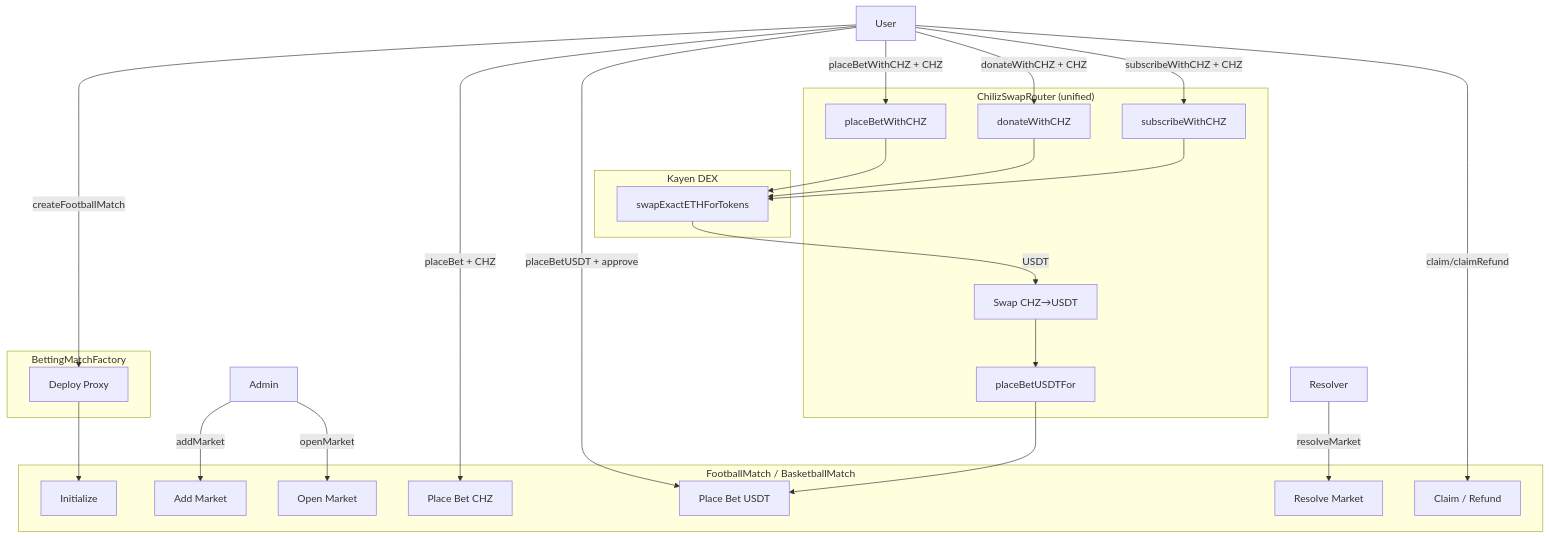
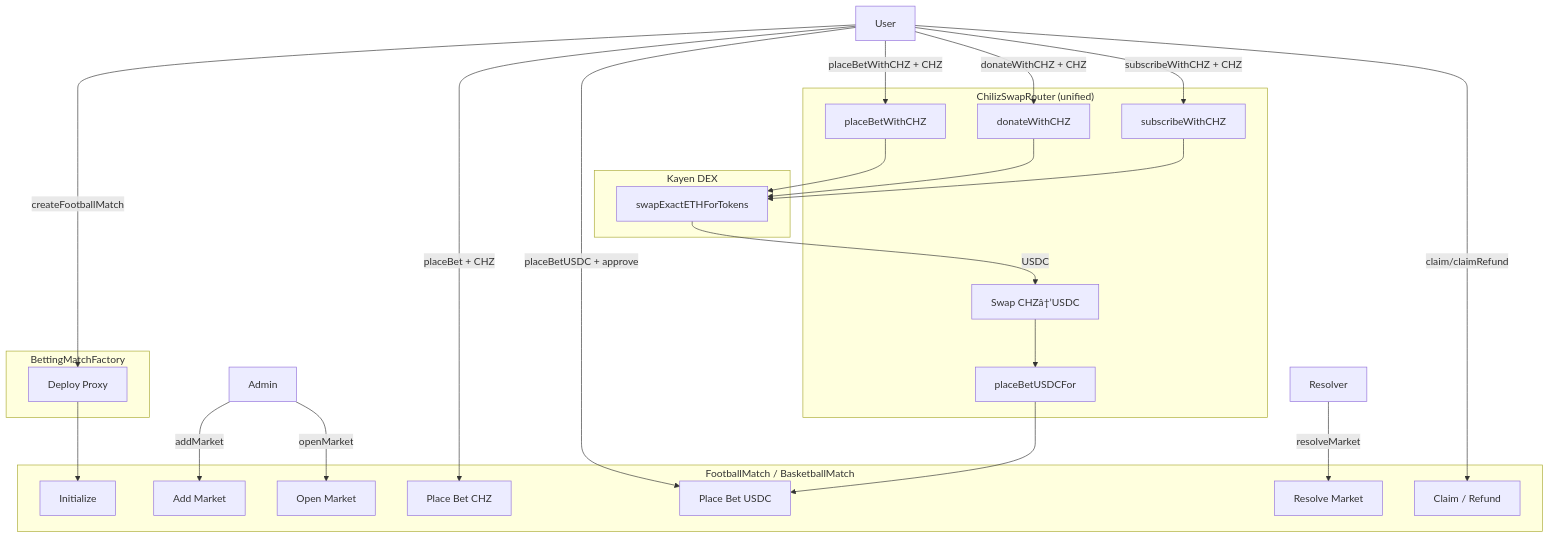
Before and after one commit to ChilizTV/smart-contracts: the first of 3 diagrams in chiliz-tv/AUDIT_REPORT.md, drawn with Mermaid. The commit also changed other lines of this file and 1 other file, not shown here.

Commit message:
📝 Architecture and audit

````diff
--- a/chiliz-tv/AUDIT_REPORT.md
+++ b/chiliz-tv/AUDIT_REPORT.md
@@ -126,48 +126,48 @@
 ```mermaid
 flowchart TB
     subgraph Factory["BettingMatchFactory"]
         F1[Deploy Proxy]
     end
     
     subgraph Match["FootballMatch / BasketballMatch"]
         M1[Initialize]
         M2[Add Market]
         M3[Open Market]
         M4[Place Bet CHZ]
-        M5[Place Bet USDT]
+        M5[Place Bet USDC]
         M6[Resolve Market]
         M7[Claim / Refund]
     end
     
     subgraph SwapRouter["ChilizSwapRouter (unified)"]
         S1[placeBetWithCHZ]
-        S2[Swap CHZ→USDT]
-        S3[placeBetUSDTFor]
+        S2[Swap CHZâ†’USDC]
+        S3[placeBetUSDCFor]
         S4[donateWithCHZ]
         S5[subscribeWithCHZ]
     end
     
     subgraph Kayen["Kayen DEX"]
         K1[swapExactETHForTokens]
     end
     
     User -->|createFootballMatch| F1
     F1 --> M1
     Admin -->|addMarket| M2
     Admin -->|openMarket| M3
     
     User -->|placeBet + CHZ| M4
-    User -->|placeBetUSDT + approve| M5
+    User -->|placeBetUSDC + approve| M5
     User -->|placeBetWithCHZ + CHZ| S1
     User -->|donateWithCHZ + CHZ| S4
     User -->|subscribeWithCHZ + CHZ| S5
     S1 --> K1
     S4 --> K1
     S5 --> K1
-    K1 -->|USDT| S2
+    K1 -->|USDC| S2
     S2 --> S3
     S3 --> M5
     
     Resolver -->|resolveMarket| M6
     User -->|claim/claimRefund| M7
 ```
````
